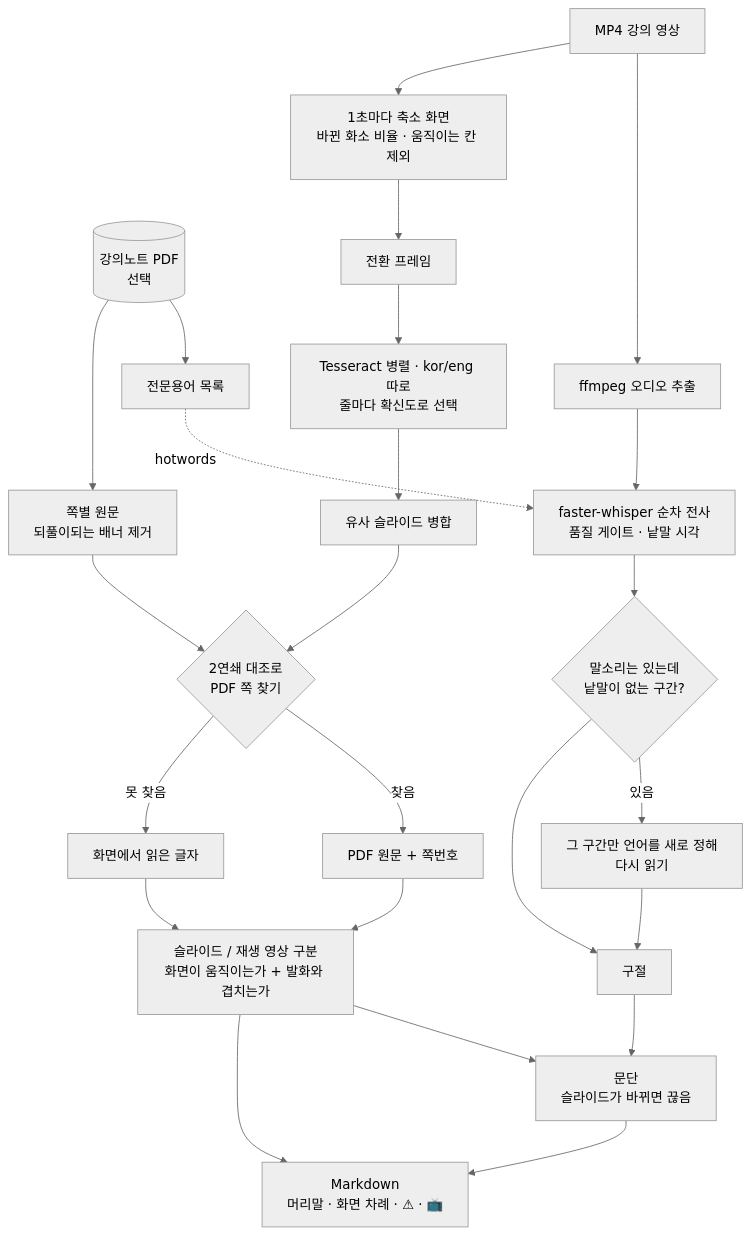
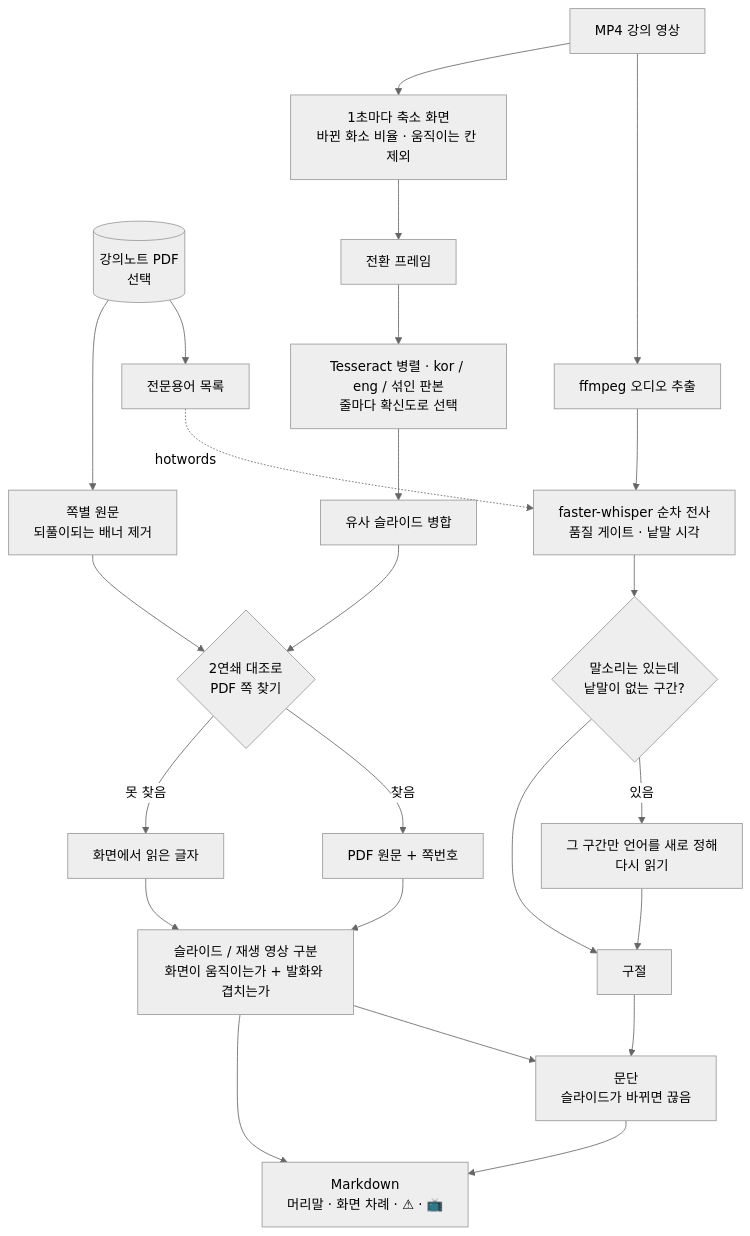
The diagram in README.md (mijnch/lecture-transcriber), drawn with Mermaid (neutral theme) before and after one commit. The commit also changed other lines of this file and 6 other files, not shown here.

````diff
--- a/README.md
+++ b/README.md
@@ -51,29 +52,29 @@
 ```mermaid
 flowchart TD
     MP4[MP4 강의 영상] --> A[ffmpeg 오디오 추출]
     MP4 --> S[1초마다 축소 화면<br/>바뀐 화소 비율 · 움직이는 칸 제외]
     PDF[(강의노트 PDF<br/>선택)] --> H[전문용어 목록]
     PDF --> P[쪽별 원문<br/>되풀이되는 배너 제거]
 
     H -.hotwords.-> W
     A --> W[faster-whisper 순차 전사<br/>품질 게이트 · 낱말 시각]
     W --> G{말소리는 있는데<br/>낱말이 없는 구간?}
     G -->|있음| R[그 구간만 언어를 새로 정해<br/>다시 읽기]
     G --> PH[구절]
     R --> PH
 
     S --> F[전환 프레임]
-    F --> O[Tesseract 병렬 · kor/eng 따로<br/>줄마다 확신도로 선택]
+    F --> O[Tesseract 병렬 · kor / eng / 섞인 판본<br/>줄마다 확신도로 선택]
     O --> M[유사 슬라이드 병합]
     M --> AL{2연쇄 대조로<br/>PDF 쪽 찾기}
     P --> AL
     AL -->|찾음| REP[PDF 원문 + 쪽번호]
     AL -->|못 찾음| KEEP[화면에서 읽은 글자]
     REP --> LB[슬라이드 / 재생 영상 구분<br/>화면이 움직이는가 + 발화와 겹치는가]
     KEEP --> LB
 
     PH --> PARA[문단<br/>슬라이드가 바뀌면 끊음]
     LB --> PARA
     PARA --> MD[Markdown<br/>머리말 · 화면 차례 · ⚠ · 📺]
     LB --> MD
 ```
````
